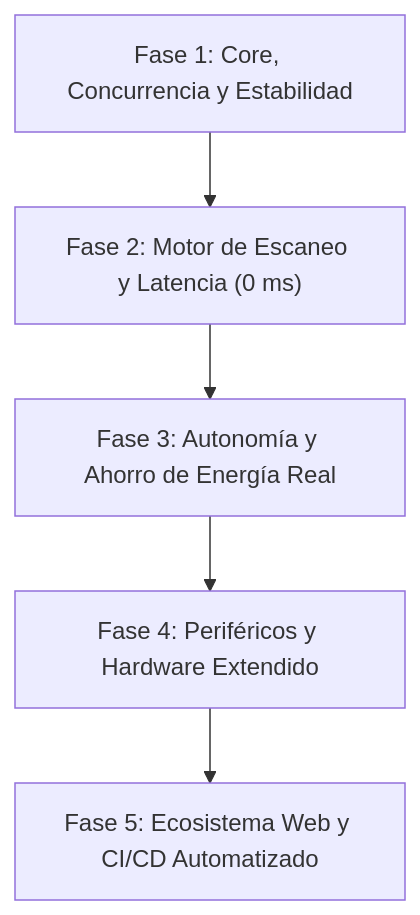
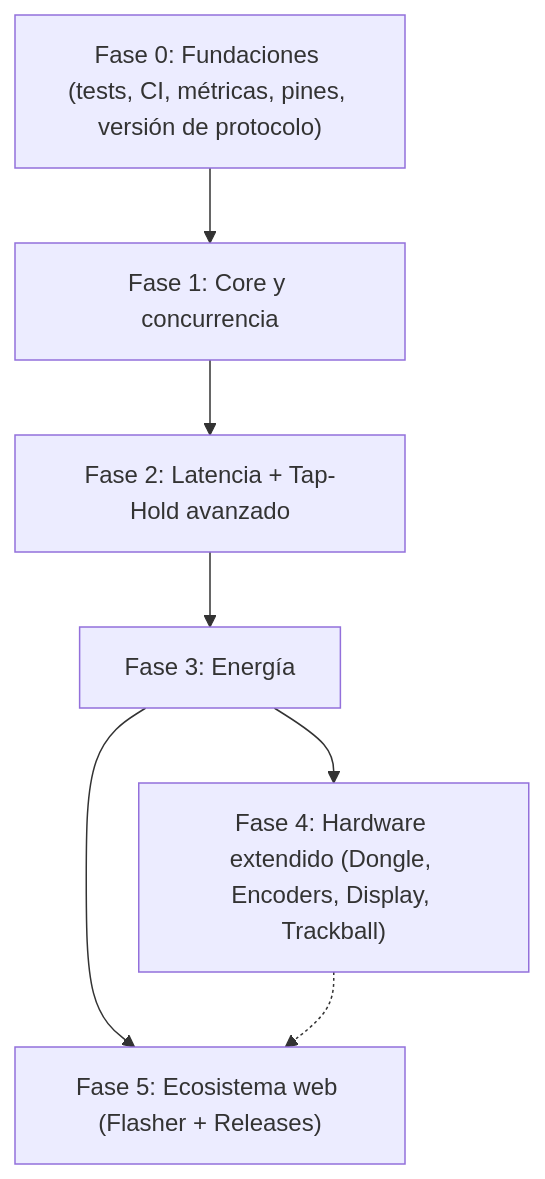
One commit to TecleadosAr/Tecleados-ESP-Firmware-Theo-Local changed the first of 2 diagrams in implementations/FIRMWARE_EVOLUTION_IMPLEMENTATION_PLAN.md. Above: the diagram before and after it, drawn with Mermaid. The commit also changed other lines of this file, not shown here.

````diff
--- a/implementations/FIRMWARE_EVOLUTION_IMPLEMENTATION_PLAN.md
+++ b/implementations/FIRMWARE_EVOLUTION_IMPLEMENTATION_PLAN.md
@@ -17,7 +45,9 @@
 ```mermaid
 flowchart TD
-    Fase1["Fase 1: Core, Concurrencia y Estabilidad"] --> Fase2["Fase 2: Motor de Escaneo y Latencia (0 ms)"]
-    Fase2 --> Fase3["Fase 3: Autonomía y Ahorro de Energía Real"]
-    Fase3 --> Fase4["Fase 4: Periféricos y Hardware Extendido"]
-    Fase4 --> Fase5["Fase 5: Ecosistema Web y CI/CD Automatizado"]
+    F0["Fase 0: Fundaciones (tests, CI, métricas, pines, versión de protocolo)"] --> F1["Fase 1: Core y concurrencia"]
+    F1 --> F2["Fase 2: Latencia + Tap-Hold avanzado"]
+    F2 --> F3["Fase 3: Energía"]
+    F3 --> F4["Fase 4: Hardware extendido (Dongle, Encoders, Display, Trackball)"]
+    F3 --> F5["Fase 5: Ecosistema web (Flasher + Releases)"]
+    F4 -.-> F5
 ```
````
